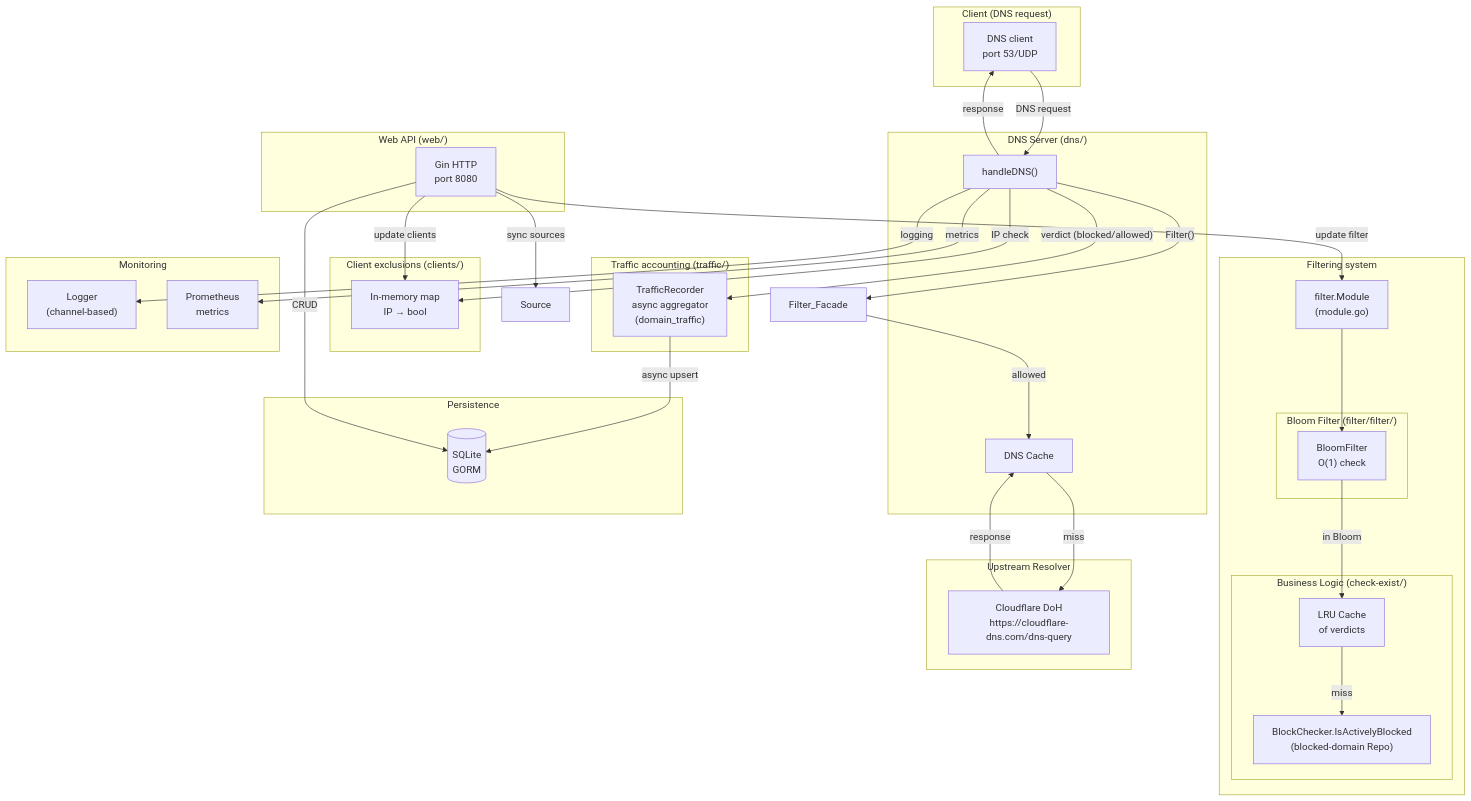
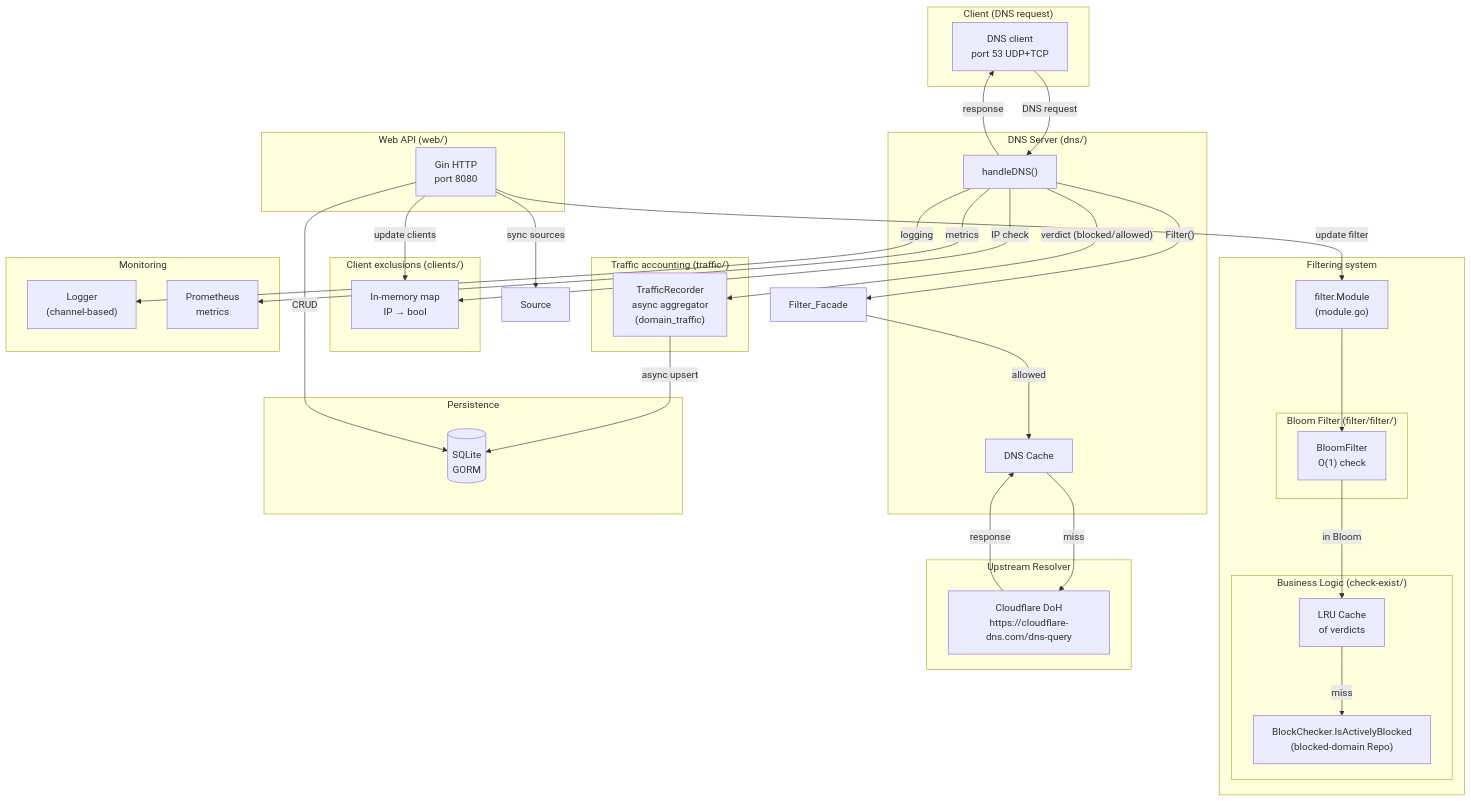
The first of 2 diagrams in ARCHITECTURE.md (alextorq/dns-filter), drawn with Mermaid before and after one commit. The commit also changed other lines of this file, not shown here.

Commit message:
docs: note DNS serves UDP+TCP in ARCHITECTURE

````diff
--- a/ARCHITECTURE.md
+++ b/ARCHITECTURE.md
@@ -353,78 +353,78 @@
 ```mermaid
 flowchart TB
     subgraph Client["Client (DNS request)"]
-        C["DNS client<br/>port 53/UDP"]
+        C["DNS client<br/>port 53 UDP+TCP"]
     end
 
     subgraph DNS_Server["DNS Server (dns/)"]
         DNS["handleDNS()"]
         DNS_Cache["DNS Cache"]
     end
 
     subgraph Filter_System["Filtering system"]
         Filter_Module["filter.Module<br/>(module.go)"]
 
         subgraph Bloom_Layer["Bloom Filter (filter/filter/)"]
             BF["BloomFilter<br/>O(1) check"]
         end
 
         subgraph Check_Logic["Business Logic (check-exist/)"]
             Check_Cache["LRU Cache<br/>of verdicts"]
             DB_Check["BlockChecker.IsActivelyBlocked<br/>(blocked-domain Repo)"]
         end
 
         Filter_Module --> BF
         BF -->|"in Bloom"| Check_Cache
         Check_Cache -->|"miss"| DB_Check
     end
 
     subgraph Clients_System["Client exclusions (clients/)"]
         Clients_Map["In-memory map<br/>IP → bool"]
     end
 
     subgraph Upstream["Upstream Resolver"]
         Up["Cloudflare DoH<br/>https://cloudflare-dns.com/dns-query"]
     end
 
     subgraph Persistence["Persistence"]
         DB[(SQLite<br/>GORM)]
     end
 
     subgraph Traffic_Tracking["Traffic accounting (traffic/)"]
         Traffic_Rec["TrafficRecorder<br/>async aggregator<br/>(domain_traffic)"]
     end
 
     subgraph Monitoring["Monitoring"]
         Logger["Logger<br/>(channel-based)"]
         Metrics["Prometheus<br/>metrics"]
     end
 
     subgraph Web_API["Web API (web/)"]
         API["Gin HTTP<br/>port 8080"]
     end
 
     %% Data flows
     C -->|"DNS request"| DNS
     DNS -->|"IP check"| Clients_Map
     
     DNS -->|"Filter()"| Filter_Facade
     DNS -->|"verdict (blocked/allowed)"| Traffic_Rec
     
     Filter_Facade -->|"allowed"| DNS_Cache
     DNS_Cache -->|"miss"| Up
     Up -->|"response"| DNS_Cache
     
     DNS -->|"logging"| Logger
     DNS -->|"metrics"| Metrics
     
     DNS -->|"response"| C
     
     %% Traffic accounting (batched, async)
     Traffic_Rec -->|"async upsert"| DB
     
     %% Web API -> Components
     API -->|"CRUD"| DB
     API -->|"update filter"| Filter_Module
     API -->|"sync sources"| Source
     API -->|"update clients"| Clients_Map
 ```
````
